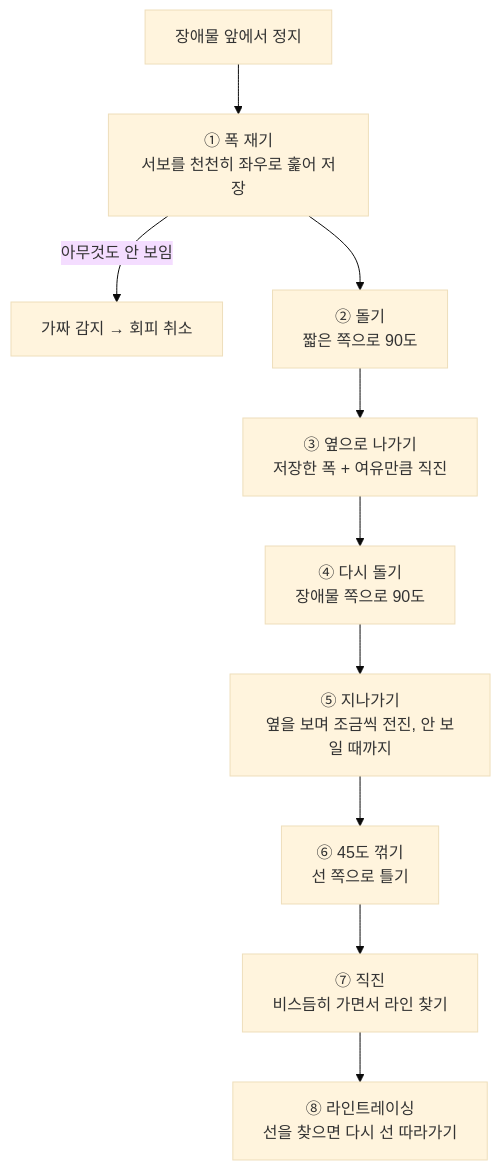
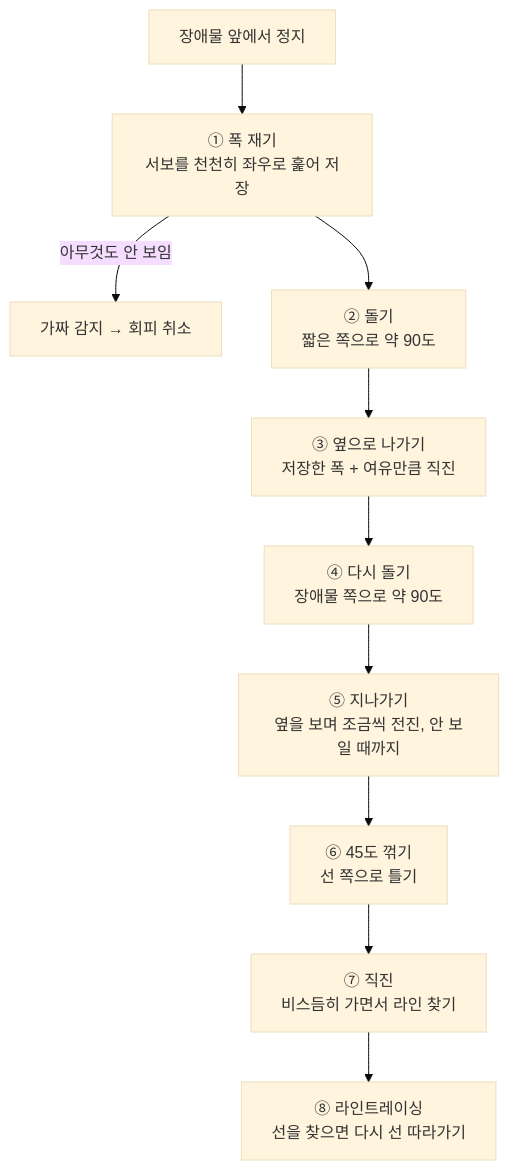
Before and after one commit to CHOESEUNGJUN/4wd-rc-car-line-tracer: the second of 2 diagrams in README.md, drawn with Mermaid (base theme). The commit also changed other lines of this file and 2 other files, not shown here.

````diff
--- a/README.md
+++ b/README.md
@@ -62,12 +63,12 @@
 ```mermaid
 flowchart TD
     S[장애물 앞에서 정지] --> M["① 폭 재기<br/>서보를 천천히 좌우로 훑어 저장"]
     M -- 아무것도 안 보임 --> X[가짜 감지 → 회피 취소]
-    M --> T["② 돌기<br/>짧은 쪽으로 90도"]
+    M --> T["② 돌기<br/>짧은 쪽으로 약 90도"]
     T --> P1["③ 옆으로 나가기<br/>저장한 폭 + 여유만큼 직진"]
-    P1 --> T2["④ 다시 돌기<br/>장애물 쪽으로 90도"]
+    P1 --> T2["④ 다시 돌기<br/>장애물 쪽으로 약 90도"]
     T2 --> P2["⑤ 지나가기<br/>옆을 보며 조금씩 전진, 안 보일 때까지"]
     P2 --> R["⑥ 45도 꺾기<br/>선 쪽으로 틀기"]
     R --> F["⑦ 직진<br/>비스듬히 가면서 라인 찾기"]
     F --> L["⑧ 라인트레이싱<br/>선을 찾으면 다시 선 따라가기"]
 ```
````
